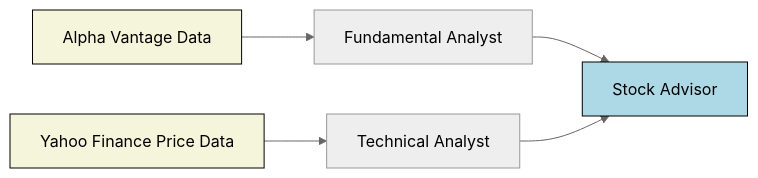
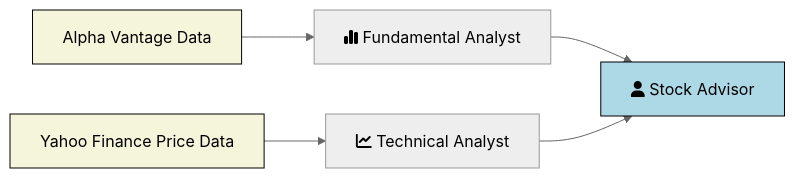
One commit to KevorkSulahian/agentic-llm-for-better-results changed the diagram in include/diagrams/crews/market_data.mmd. Above: the diagram before and after it, drawn with Mermaid. The commit also changed 51 other files, not shown here.

```diff
--- a/include/diagrams/crews/market_data.mmd
+++ b/include/diagrams/crews/market_data.mmd
@@ -1,16 +1,16 @@
 ---
 config:
   look: classic
   theme: neutral
 ---
 flowchart LR
-    AV["Alpha Vantage Data"] --> F["Fundamental Analyst"]
-    F --> A["Stock Advisor"]
-    TA["Yahoo Finance Price Data"] --> T["Technical Analyst"]
+    AV["Alpha Vantage Data"] --> F["fa:fa-chart-simple Fundamental Analyst"]
+    F --> A["fa:fa-user Stock Advisor"]
+    TA["Yahoo Finance Price Data"] --> T["fa:fa-chart-line Technical Analyst"]
     T --> A
 
     classDef beige fill:#F5F5DC,stroke:black
     class AV,TA beige
 
     classDef lightBlue fill:#ADD8E6,stroke:black
     class A lightBlue
```
